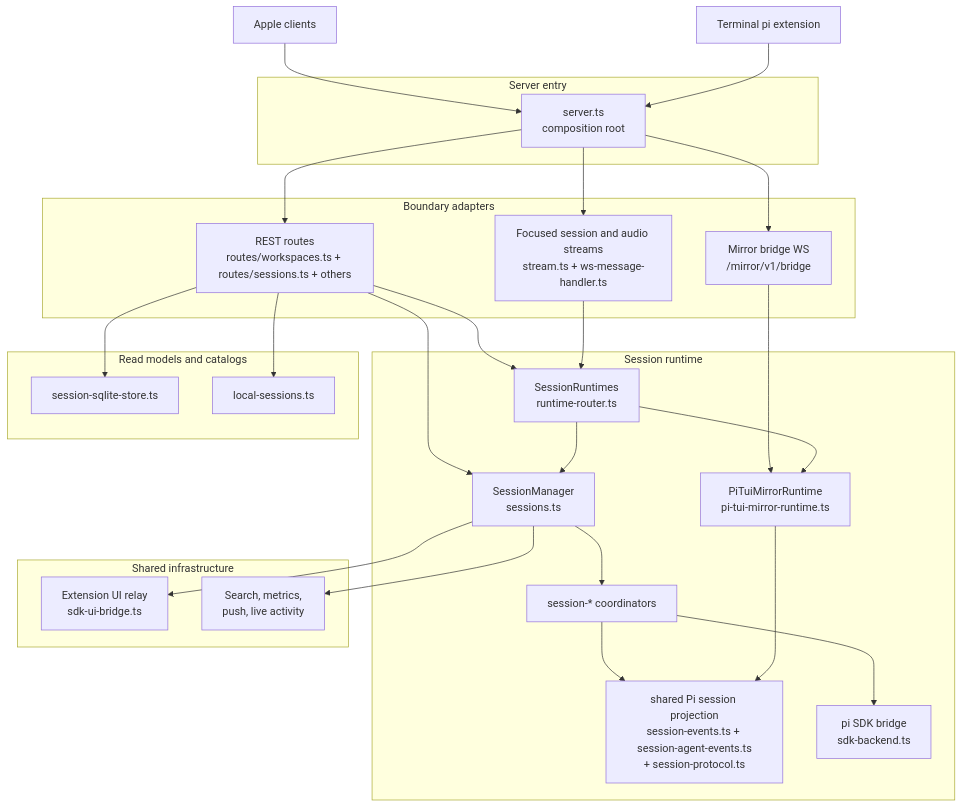
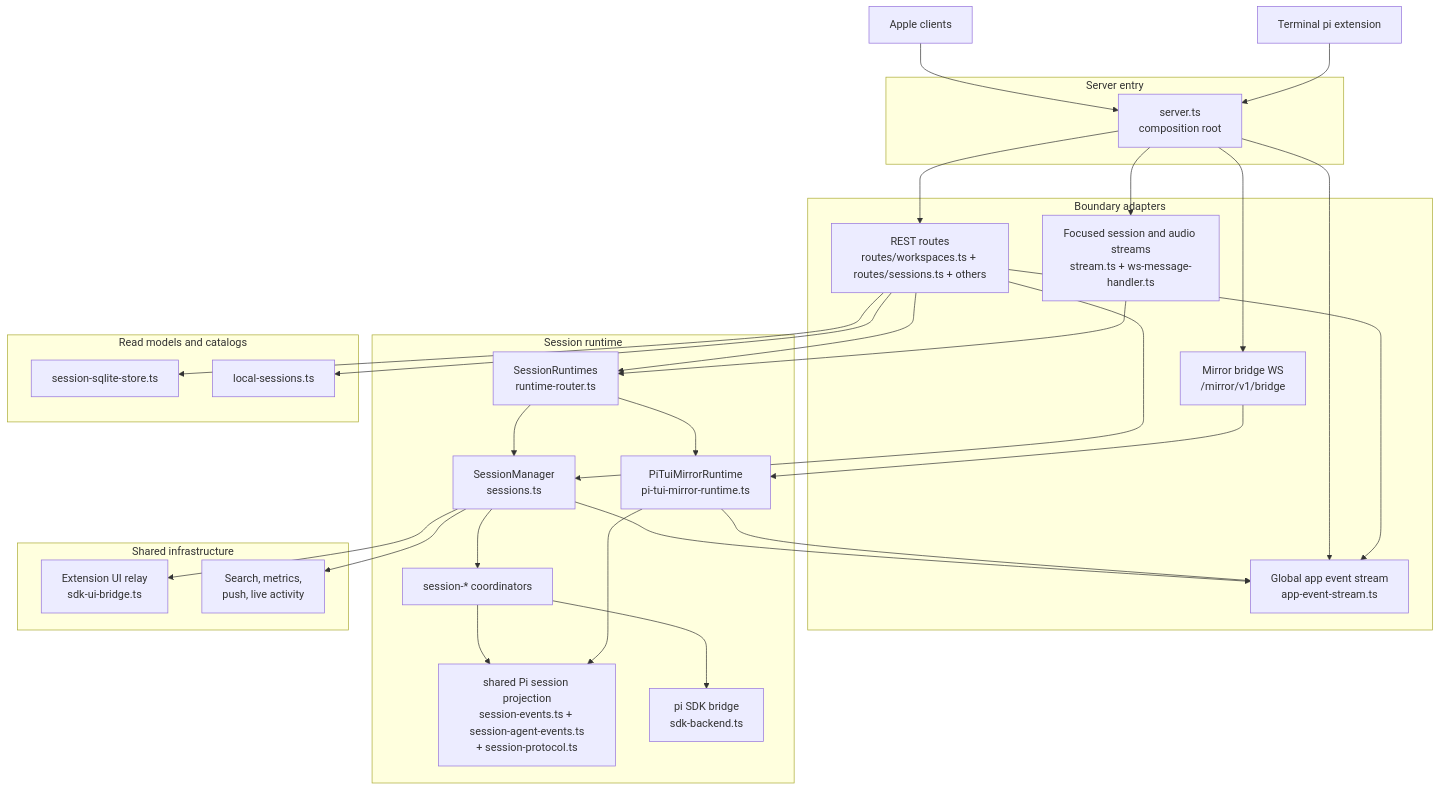
The seventh of 7 diagrams in docs/architecture.md (duh17/oppi), drawn with Mermaid before and after one commit. The commit also changed other lines of this file and 6 other files, not shown here.

Commit message:
docs: document extension and attachment flows

````diff
--- a/docs/architecture.md
+++ b/docs/architecture.md
@@ -268,54 +279,59 @@
 ```mermaid
 graph TD
   Client[Apple clients]
   Terminal[Terminal pi extension]
 
   subgraph Entry[Server entry]
     Root[server.ts<br/>composition root]
   end
 
   subgraph Boundaries[Boundary adapters]
     REST[REST routes<br/>routes/workspaces.ts + routes/sessions.ts + others]
+    AppEvents[Global app event stream<br/>app-event-stream.ts]
     Live[Focused session and audio streams<br/>stream.ts + ws-message-handler.ts]
     MirrorWS[Mirror bridge WS<br/>/mirror/v1/bridge]
   end
 
   subgraph Runtime[Session runtime]
     Router[SessionRuntimes<br/>runtime-router.ts]
     Sessions[SessionManager<br/>sessions.ts]
     Mirror[PiTuiMirrorRuntime<br/>pi-tui-mirror-runtime.ts]
     Flow[session-* coordinators]
     Project[shared Pi session projection<br/>session-events.ts + session-agent-events.ts<br/>+ session-protocol.ts]
     Pi[pi SDK bridge<br/>sdk-backend.ts]
   end
 
   subgraph ReadModel[Read models and catalogs]
     Sqlite[session-sqlite-store.ts]
     LocalCatalog[local-sessions.ts]
   end
 
   subgraph Infrastructure[Shared infrastructure]
     ExtensionRelay[Extension UI relay<br/>sdk-ui-bridge.ts]
     Ops[Search, metrics,<br/>push, live activity]
   end
 
   Client --> Root
   Terminal --> Root
   Root --> REST
+  Root --> AppEvents
   Root --> Live
   Root --> MirrorWS
   REST --> Router
   REST --> Sessions
   REST --> Sqlite
   REST --> LocalCatalog
+  REST --> AppEvents
   Live --> Router
   MirrorWS --> Mirror
   Router --> Sessions
   Router --> Mirror
   Sessions --> Flow
   Flow --> Project
   Mirror --> Project
   Flow --> Pi
+  Sessions --> AppEvents
+  Mirror --> AppEvents
   Sessions --> ExtensionRelay
   Sessions --> Ops
 ```
````
